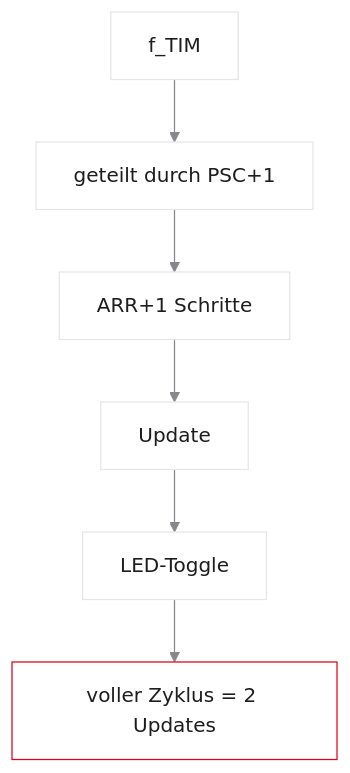
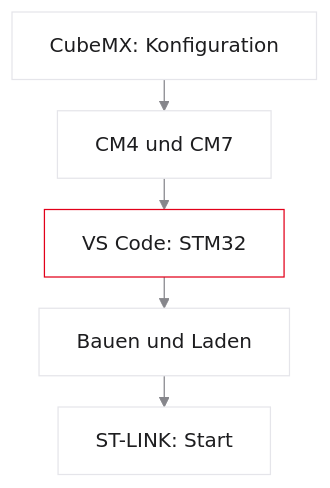
The seventh of 8 diagrams in vorlesungen/01_was-ist-echtzeit.qmd (dantschi/echtzeitsysteme), drawn with Mermaid before and after one commit. The commit also changed other lines of this file and 6 other files, not shown here.

Commit message:
Vorlesung 1 mit Skriptnotizen, Klausuraufgaben und STM32-Versuch überarbeiten

````diff
--- a/vorlesungen/01_was-ist-echtzeit.qmd
+++ b/vorlesungen/01_was-ist-echtzeit.qmd
@@ -1431,11 +827,10 @@
 ```{mermaid}
-%%| fig-width: 3.2
-%%{init: {'theme': 'base', 'themeVariables': {'background': '#FFFFFF', 'primaryColor': '#FFFFFF', 'primaryBorderColor': '#E5E5EA', 'primaryTextColor': '#1D1D1F', 'lineColor': '#86868B', 'secondaryColor': '#F5F5F7', 'tertiaryColor': '#FFFFFF', 'mainBkg': '#FFFFFF', 'nodeBorder': '#E5E5EA', 'clusterBkg': '#F5F5F7', 'clusterBorder': '#E5E5EA', 'titleColor': '#1D1D1F', 'edgeLabelBackground': '#FFFFFF'}}}%%
+%%| fig-width: 5.2
+%%{init: {'theme': 'base', 'flowchart': {'nodeSpacing': 30, 'rankSpacing': 25}, 'themeVariables': {'background': '#FFFFFF', 'primaryColor': '#FFFFFF', 'primaryBorderColor': '#E5E5EA', 'primaryTextColor': '#1D1D1F', 'lineColor': '#86868B', 'secondaryColor': '#F5F5F7', 'tertiaryColor': '#FFFFFF', 'clusterBkg': '#F5F5F7', 'clusterBorder': '#E5E5EA', 'edgeLabelBackground': '#FFFFFF'}}}%%
 flowchart TD
-  A["f_TIM"] --> B["geteilt durch PSC+1"]
-  B --> C["ARR+1 Schritte"]
-  C --> D["Update"]
-  D --> E["LED-Toggle"]
-  E --> F["voller Zyklus = 2 Updates"]
-  style F fill:#FFFFFF,stroke:#E2001A,stroke-width:2px !important
+  A[CubeMX: Konfiguration] --> B[CM4 und CM7]
+  B --> C[VS Code: STM32]
+  C --> D[Bauen und Laden]
+  D --> E[ST-LINK: Start]
+  style C fill:#FFFFFF,stroke:#E2001A,stroke-width:2px !important
 ```
````
